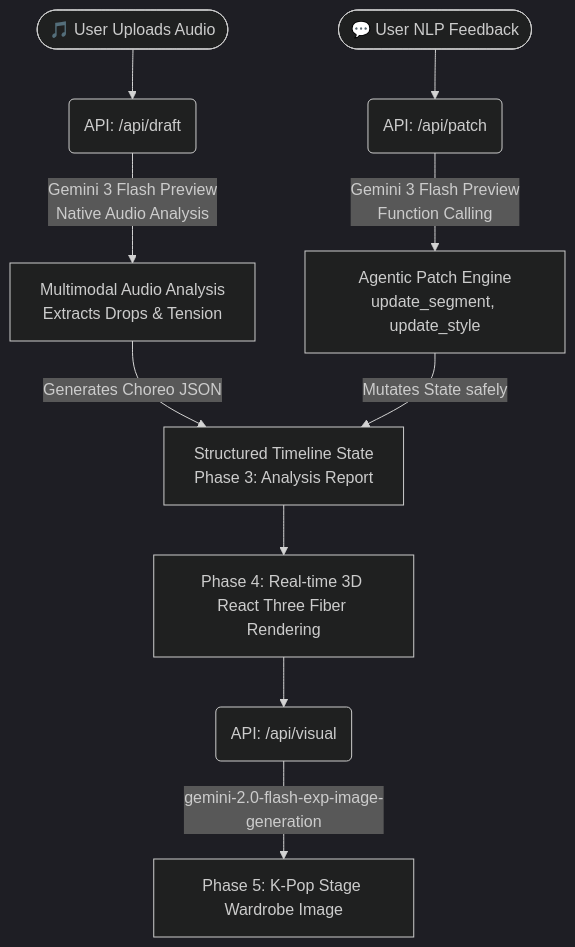
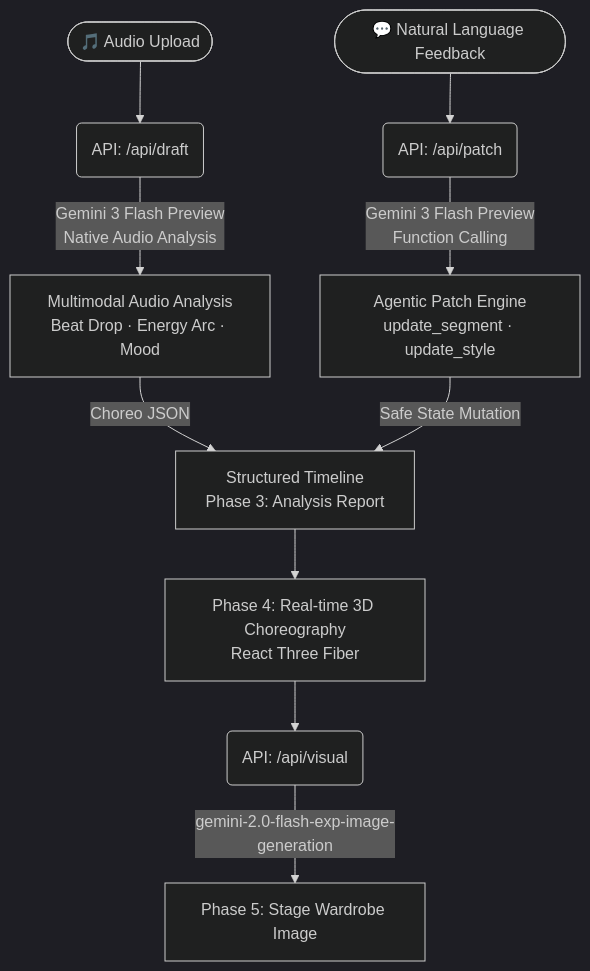
The diagram in README.md (sun9huni/syncstage-ai), drawn with Mermaid (dark theme) before and after one commit. The commit also changed other lines of this file, not shown here.

````diff
--- a/README.md
+++ b/README.md
@@ -19,13 +35,13 @@
 ```mermaid
 graph TD
-    User([🎵 User Uploads Audio]) --> DraftAPI(API: /api/draft)
-    DraftAPI -->|Gemini 3 Flash Preview\nNative Audio Analysis| Analysis[Multimodal Audio Analysis\nExtracts Drops & Tension]
-    Analysis -->|Generates Choreo JSON| Timeline[Structured Timeline State\nPhase 3: Analysis Report]
-    Timeline --> UI[Phase 4: Real-time 3D React Three Fiber Rendering]
+    User([🎵 Audio Upload]) --> DraftAPI(API: /api/draft)
+    DraftAPI -->|Gemini 3 Flash Preview\nNative Audio Analysis| Analysis[Multimodal Audio Analysis\nBeat Drop · Energy Arc · Mood]
+    Analysis -->|Choreo JSON| Timeline[Structured Timeline\nPhase 3: Analysis Report]
+    Timeline --> UI[Phase 4: Real-time 3D Choreography\nReact Three Fiber]
     UI --> VisualAPI(API: /api/visual)
-    VisualAPI -->|gemini-2.0-flash-exp-image-generation| StageImage[Phase 5: K-Pop Stage Wardrobe Image]
+    VisualAPI -->|gemini-2.0-flash-exp-image-generation| StageImage[Phase 5: Stage Wardrobe Image]
 
-    UserFeedback([💬 User NLP Feedback]) --> PatchAPI(API: /api/patch)
-    PatchAPI -->|Gemini 3 Flash Preview\nFunction Calling| PatchEngine[Agentic Patch Engine\nupdate_segment, update_style]
-    PatchEngine -->|Mutates State safely| Timeline
+    UserFeedback([💬 Natural Language Feedback]) --> PatchAPI(API: /api/patch)
+    PatchAPI -->|Gemini 3 Flash Preview\nFunction Calling| PatchEngine[Agentic Patch Engine\nupdate_segment · update_style]
+    PatchEngine -->|Safe State Mutation| Timeline
 ```
````
